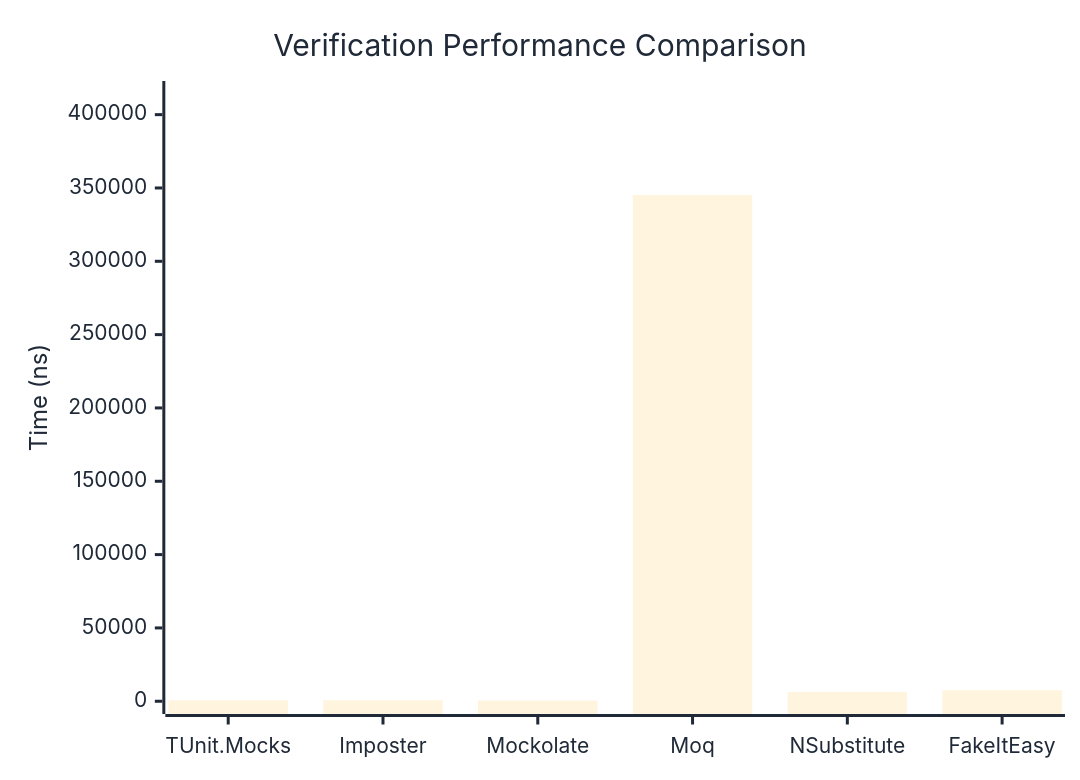
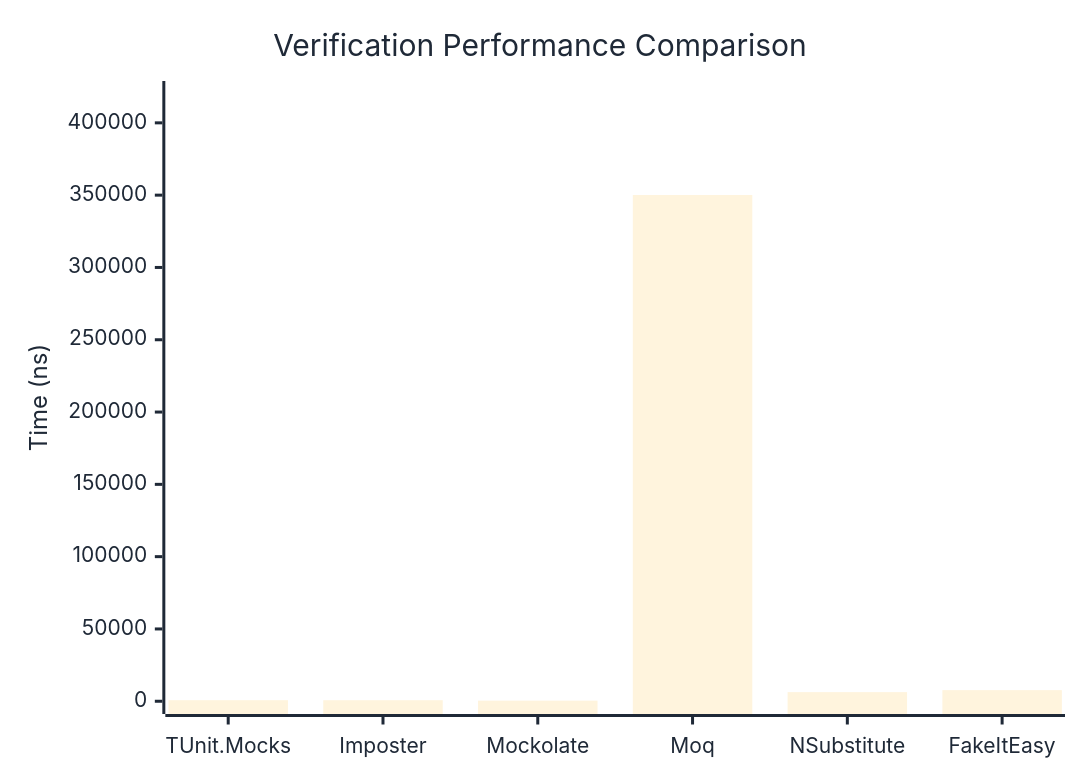
Before and after one commit to thomhurst/TUnit: the first of 3 diagrams in docs/docs/benchmarks/mocks/Verification.md, drawn with Mermaid. The commit also changed other lines of this file and 14 other files, not shown here.

````diff
--- a/docs/docs/benchmarks/mocks/Verification.md
+++ b/docs/docs/benchmarks/mocks/Verification.md
@@ -30,27 +30,27 @@
 ```mermaid
 %%{init: {
   'theme':'base',
   'themeVariables': {
     'primaryColor': '#2563eb',
     'primaryTextColor': '#1f2937',
     'primaryBorderColor': '#1e40af',
     'lineColor': '#6b7280',
     'secondaryColor': '#7c3aed',
     'tertiaryColor': '#dc2626',
     'background': '#ffffff',
     'pie1': '#2563eb',
     'pie2': '#7c3aed',
     'pie3': '#dc2626',
     'pie4': '#f59e0b',
     'pie5': '#10b981',
     'pie6': '#06b6d4',
     'pie7': '#ec4899',
     'pie8': '#6366f1'
   }
 }}%%
 xychart-beta
   title "Verification Performance Comparison"
   x-axis ["TUnit.Mocks", "Imposter", "Mockolate", "Moq", "NSubstitute", "FakeItEasy"]
-  y-axis "Time (ns)" 0 --> 414246
-  bar [689.28, 681.81, 407.72, 345204.26, 6325.54, 7525.4]
+  y-axis "Time (ns)" 0 --> 420124
+  bar [738.04, 717.07, 420.57, 350102.94, 6313.52, 7682.74]
 ```
````
